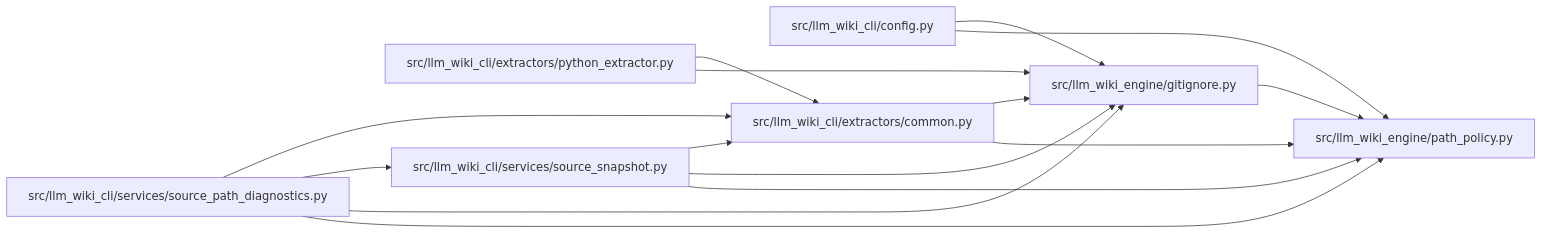
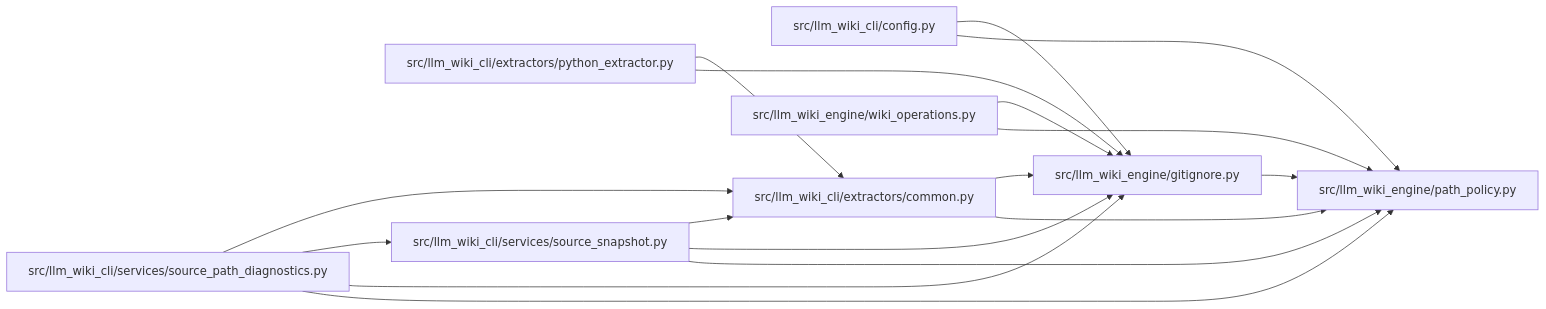
Before and after one commit to Denissvgn/python-wiki-llm: the diagram in docs/llm_wiki/modules/gitignore.md, drawn with Mermaid. The commit also changed other lines of this file and 719 other files, not shown here.

Commit message:
docs: refresh the wiki for the engine's own use cases

````diff
--- a/docs/llm_wiki/modules/gitignore.md
+++ b/docs/llm_wiki/modules/gitignore.md
@@ -24,31 +24,35 @@
 ```mermaid
 flowchart LR
     n0["src/llm_wiki_cli/config.py"]
     n1["src/llm_wiki_cli/extractors/common.py"]
     n2["src/llm_wiki_cli/extractors/python_extractor.py"]
     n3["src/llm_wiki_cli/services/source_path_diagnostics.py"]
     n4["src/llm_wiki_cli/services/source_snapshot.py"]
     n5["src/llm_wiki_engine/gitignore.py"]
     n6["src/llm_wiki_engine/path_policy.py"]
+    n7["src/llm_wiki_engine/wiki_operations.py"]
     n0 --> n5
     n0 --> n6
     n1 --> n5
     n1 --> n6
     n2 --> n1
     n2 --> n5
     n3 --> n1
     n3 --> n4
     n3 --> n5
     n3 --> n6
     n4 --> n1
     n4 --> n5
     n4 --> n6
     n5 --> n6
+    n7 --> n5
+    n7 --> n6
     click n0 "../modules/config.md"
     click n1 "../modules/common.md"
     click n2 "../modules/python_extractor.md"
     click n3 "../modules/source_path_diagnostics.md"
     click n4 "../modules/source_snapshot.md"
     click n5 "../modules/gitignore.md"
     click n6 "../modules/path_policy.md"
+    click n7 "../modules/wiki_operations.md"
 ```
````
